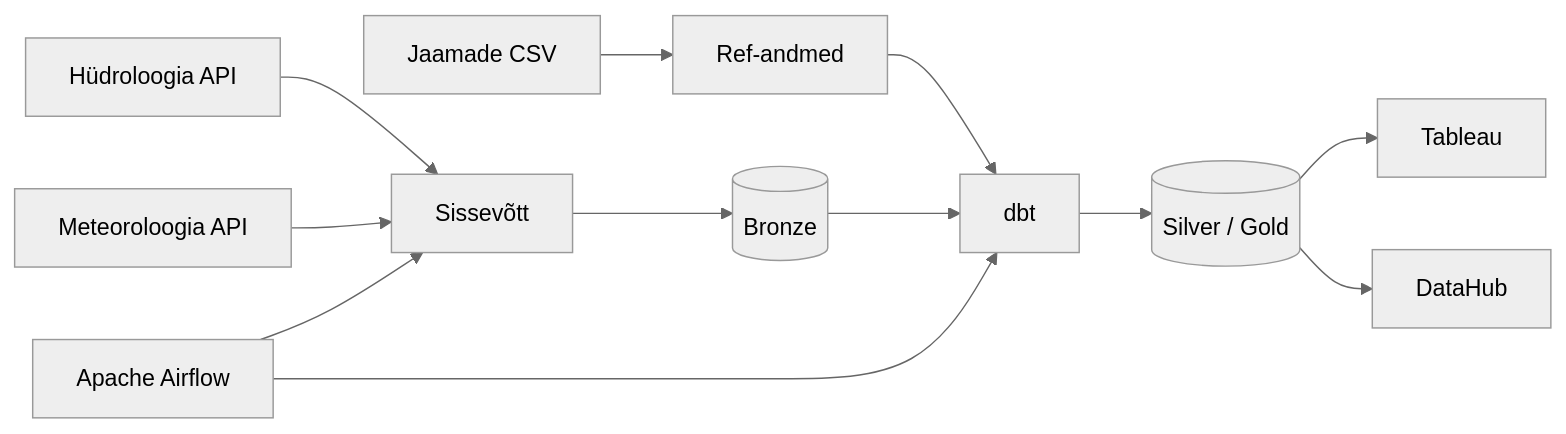
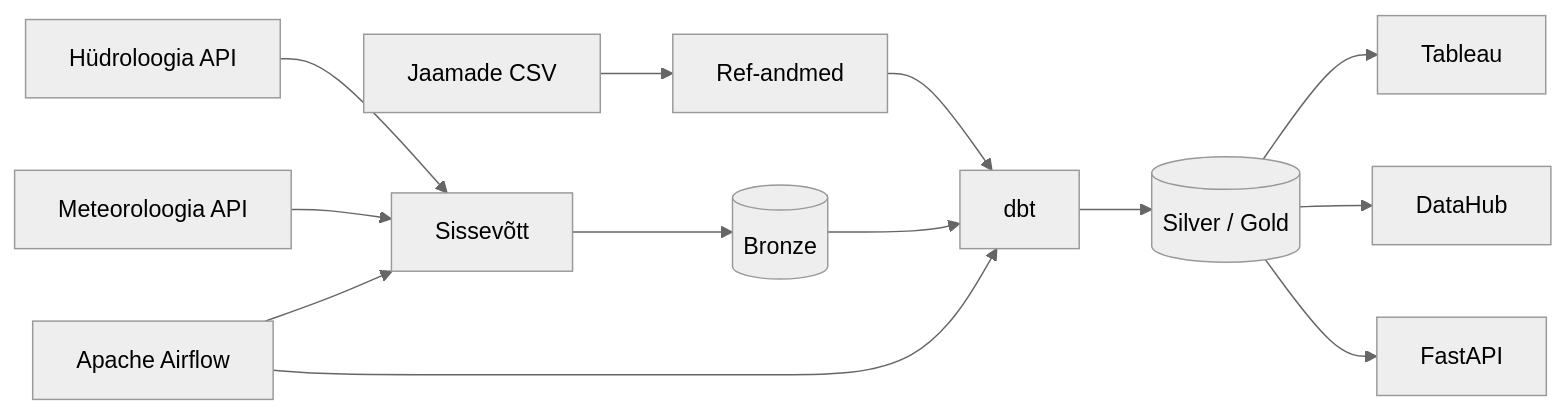
One commit to SyncMaster7/deng-hydro-climate changed the diagram in docs/arhitektuur.md. Above: the diagram before and after it, drawn with Mermaid (neutral theme). The commit also changed other lines of this file, not shown here.

Commit message:
docs: update arhitektuur — add FastAPI, fix wl_avg_eh2000, update roadmap

````diff
--- a/docs/arhitektuur.md
+++ b/docs/arhitektuur.md
@@ -24,14 +24,15 @@
 ```mermaid
 flowchart LR
     A[Hüdroloogia API] --> B[Sissevõtt]
     C[Meteoroloogia API] --> B
     D[Jaamade CSV] --> E[Ref-andmed]
     B --> F[(Bronze)]
     E --> G[dbt]
     F --> G
     G --> H[(Silver / Gold)]
     H --> I[Tableau]
     H --> J[DataHub]
-    K[Apache Airflow] --> B
-    K --> G
+    H --> K[FastAPI]
+    L[Apache Airflow] --> B
+    L --> G
 ```
````
